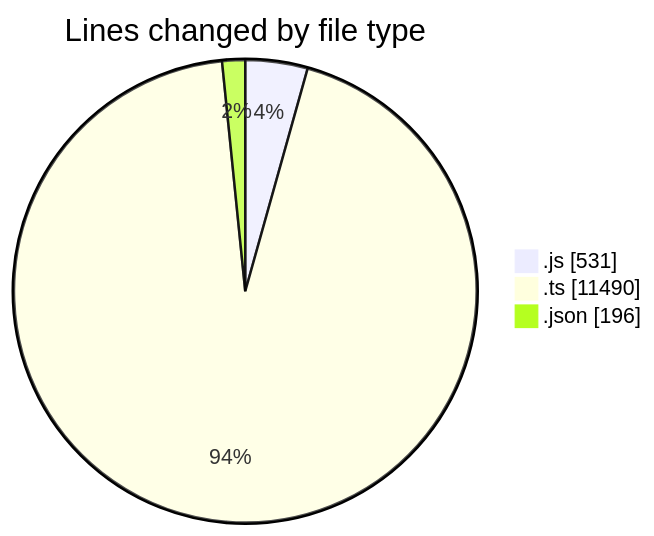
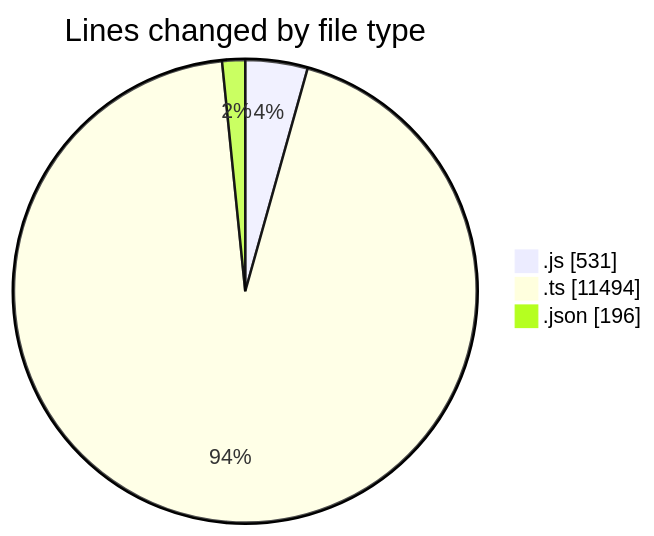
The first of 2 diagrams in 2025-05-29/cda/README.md (momahboobian/code-tracking), drawn with Mermaid before and after one commit. The commit also changed other lines of this file and 1 other file, not shown here.

````diff
--- a/2025-05-29/cda/README.md
+++ b/2025-05-29/cda/README.md
@@ -29,7 +29,7 @@
 ```mermaid
 pie showData
 title Lines changed by file type
 ".js" : 531
-".ts" : 11490
+".ts" : 11494
 ".json" : 196
 ```
````
